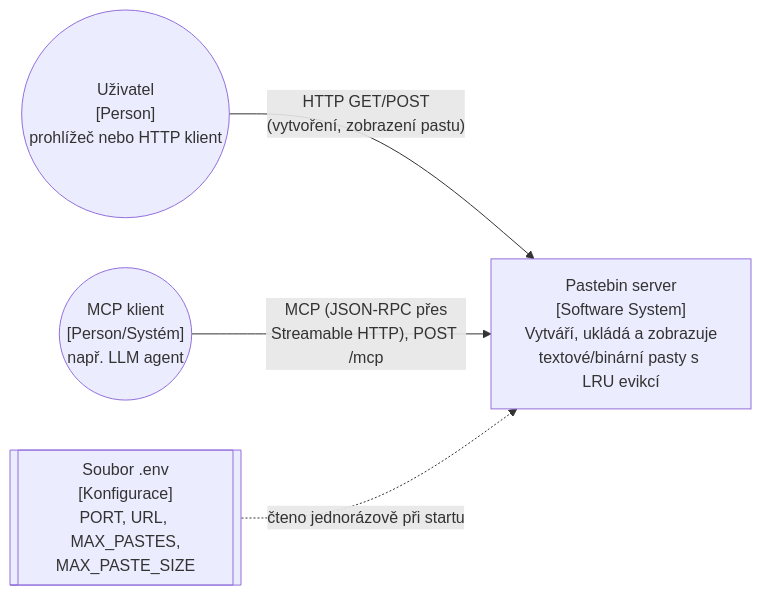
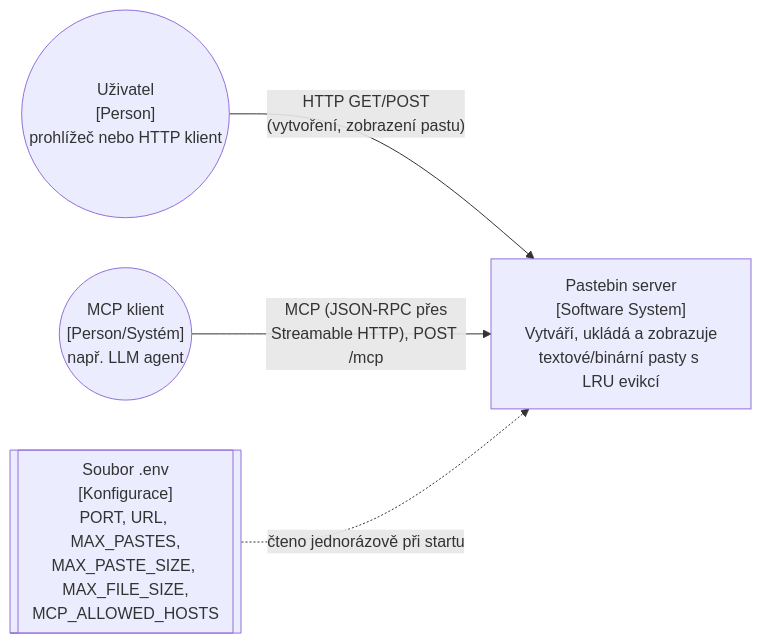
Before and after one commit to Onre739/pastebin: the first of 4 diagrams in docs/architecture.md, drawn with Mermaid. The commit also changed other lines of this file and 8 other files, not shown here.

Commit message:
feat: mcp allowed hosts #15

````diff
--- a/docs/architecture.md
+++ b/docs/architecture.md
@@ -9,13 +9,13 @@
 ```mermaid
 flowchart LR
     User(("Uživatel<br/>[Person]<br/>prohlížeč nebo HTTP klient"))
     McpClient(("MCP klient<br/>[Person/Systém]<br/>např. LLM agent"))
 
     Pastebin["Pastebin server<br/>[Software System]<br/>Vytváří, ukládá a zobrazuje<br/>textové/binární pasty s LRU evikcí"]
 
-    EnvFile[["Soubor .env<br/>[Konfigurace]<br/>PORT, URL, MAX_PASTES,<br/>MAX_PASTE_SIZE"]]
+    EnvFile[["Soubor .env<br/>[Konfigurace]<br/>PORT, URL, MAX_PASTES,<br/>MAX_PASTE_SIZE, MAX_FILE_SIZE,<br/>MCP_ALLOWED_HOSTS"]]
 
     User -- "HTTP GET/POST<br/>(vytvoření, zobrazení pastu)" --> Pastebin
     McpClient -- "MCP (JSON-RPC přes<br/>Streamable HTTP), POST /mcp" --> Pastebin
     EnvFile -. "čteno jednorázově při startu" .-> Pastebin
 ```
````
